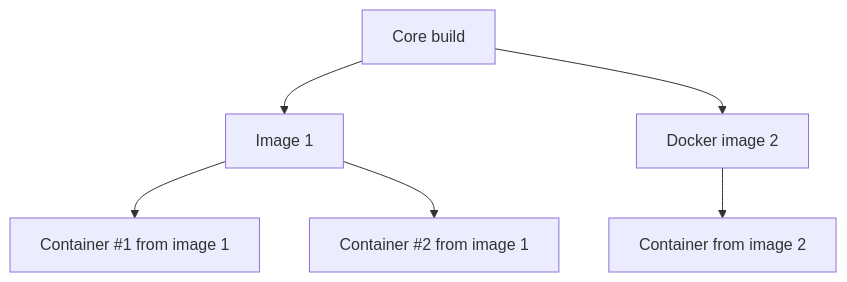
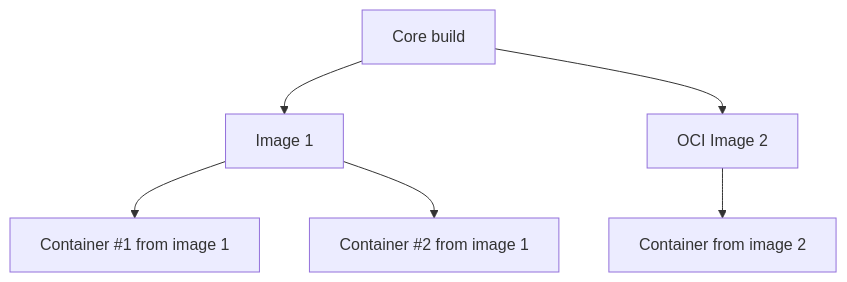
The diagram in content/docs/guide/running-rf-swift.md (PentHertz/rfswift-doc-v2), drawn with Mermaid before and after one commit. The commit also changed other lines of this file and 4 other files, not shown here.

````diff
--- a/content/docs/guide/running-rf-swift.md
+++ b/content/docs/guide/running-rf-swift.md
@@ -469,8 +539,8 @@
 ```mermaid
 graph TD;
     A[Core build]-->B[Image 1];
-    A-->C[Docker image 2];
+    A-->C[OCI Image 2];
     B-->D[Container #1 from image 1];
     B-->E[Container #2 from image 1];
     C-->F[Container from image 2]
 ```
````
